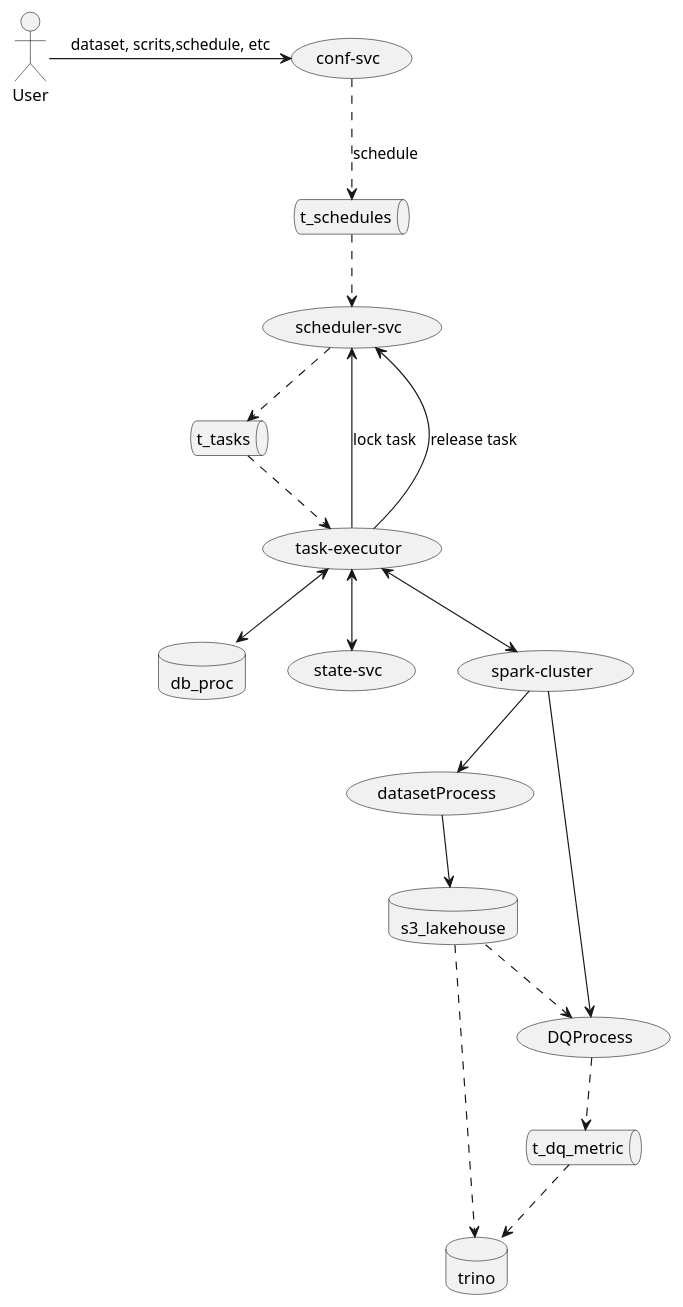
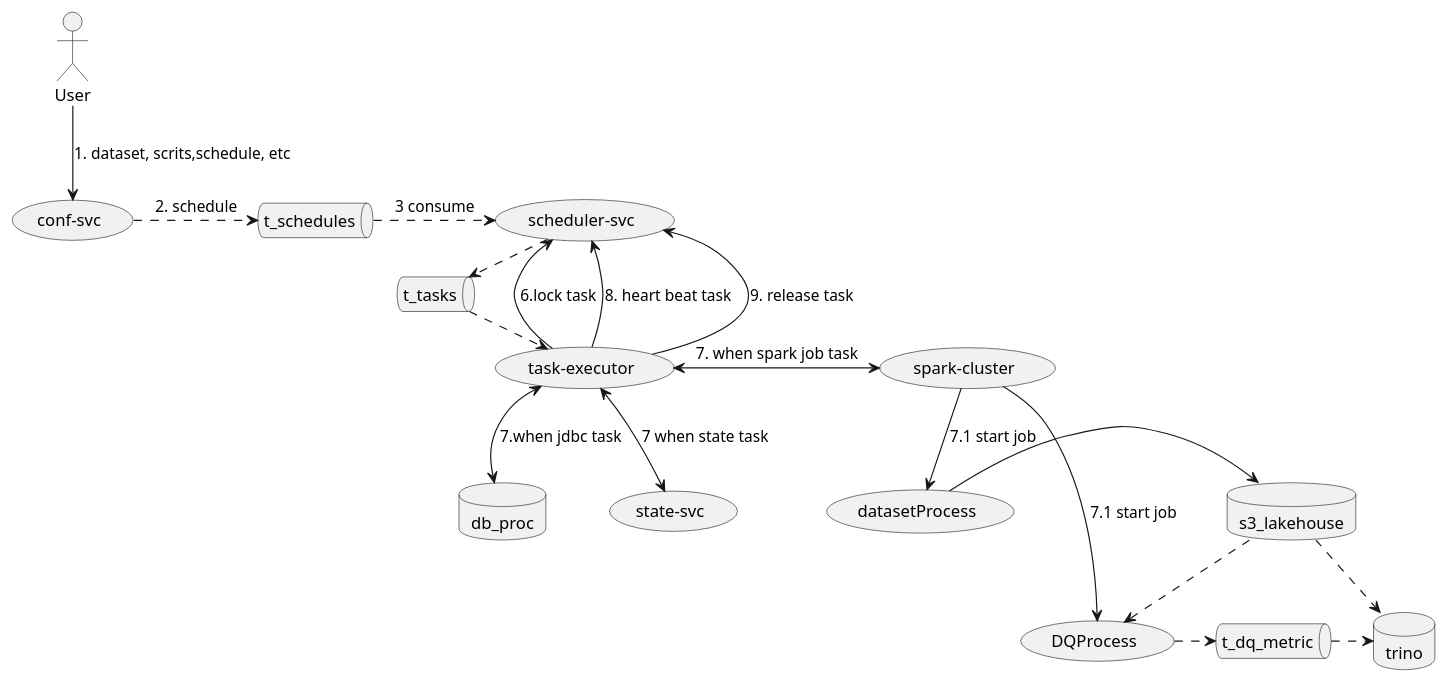
The diagram in demo/uml/flow.puml (zaytsevdmitry/lakehouse), drawn with PlantUML before and after one commit. The commit also changed 3 other files, not shown here.

```diff
--- a/demo/uml/flow.puml
+++ b/demo/uml/flow.puml
@@ -1,27 +1,28 @@
 @startuml
 
 queue  t_schedules
 queue  t_tasks
 queue  t_dq_metric
 database db_proc
 database trino
 database s3_lakehouse
 
-User -> (conf-svc): dataset, scrits,schedule, etc
-(conf-svc) ..> t_schedules: schedule
-t_schedules ..> (scheduler-svc)
-(scheduler-svc) ..> t_tasks
-t_tasks ..> (task-executor)
-(task-executor) ---> (scheduler-svc): lock task
-(task-executor) <--> (state-svc)
-(task-executor) <--> db_proc
-(task-executor) <--> (spark-cluster)
-(task-executor) ---> (scheduler-svc): release task
-(spark-cluster) --> (datasetProcess)
-(datasetProcess) --> s3_lakehouse
+User --> (conf-svc): 1. dataset, scrits,schedule, etc
+(conf-svc) .> t_schedules: 2. schedule
+t_schedules .> (scheduler-svc): 3 consume
+(scheduler-svc) .> t_tasks: 4. taskId
+t_tasks .> (task-executor): 5. consume
+(task-executor) -> (scheduler-svc): 6.lock task
+(task-executor) <--> (state-svc): 7 when state task
+(task-executor) <--> db_proc: 7.when jdbc task
+(task-executor) <-> (spark-cluster): 7. when spark job task
+(task-executor) --> (scheduler-svc): 8. heart beat task
+(task-executor) --> (scheduler-svc): 9. release task
+(spark-cluster) --> (datasetProcess): 7.1 start job
+(datasetProcess) -> s3_lakehouse
 s3_lakehouse ..> (DQProcess)
-(spark-cluster) --> (DQProcess)
-(DQProcess) ..> t_dq_metric
-t_dq_metric ..> trino
-s3_lakehouse ..> trino
+(spark-cluster) -> (DQProcess): 7.1 start job
+(DQProcess) .> t_dq_metric
+t_dq_metric .> trino
+s3_lakehouse .> trino
 @enduml
```
